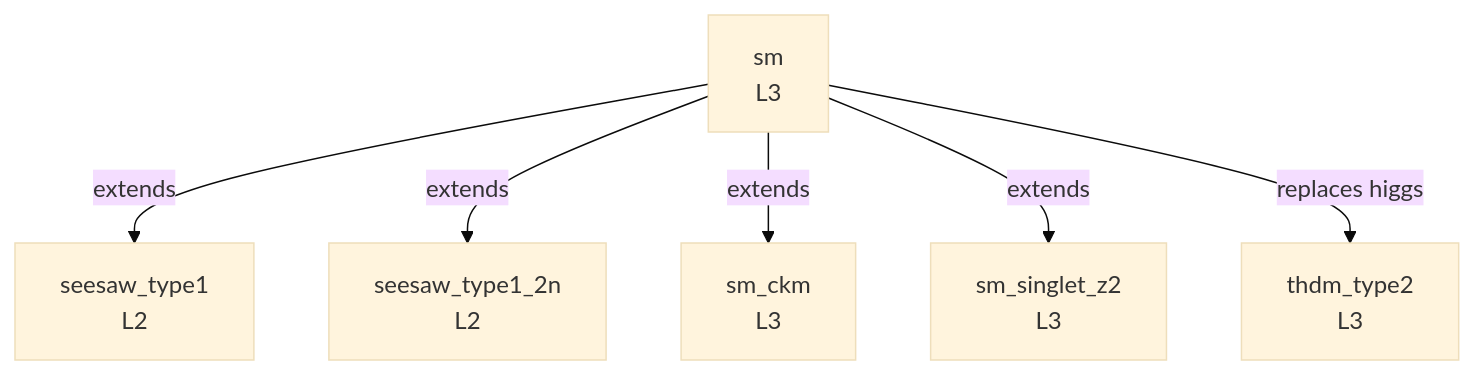
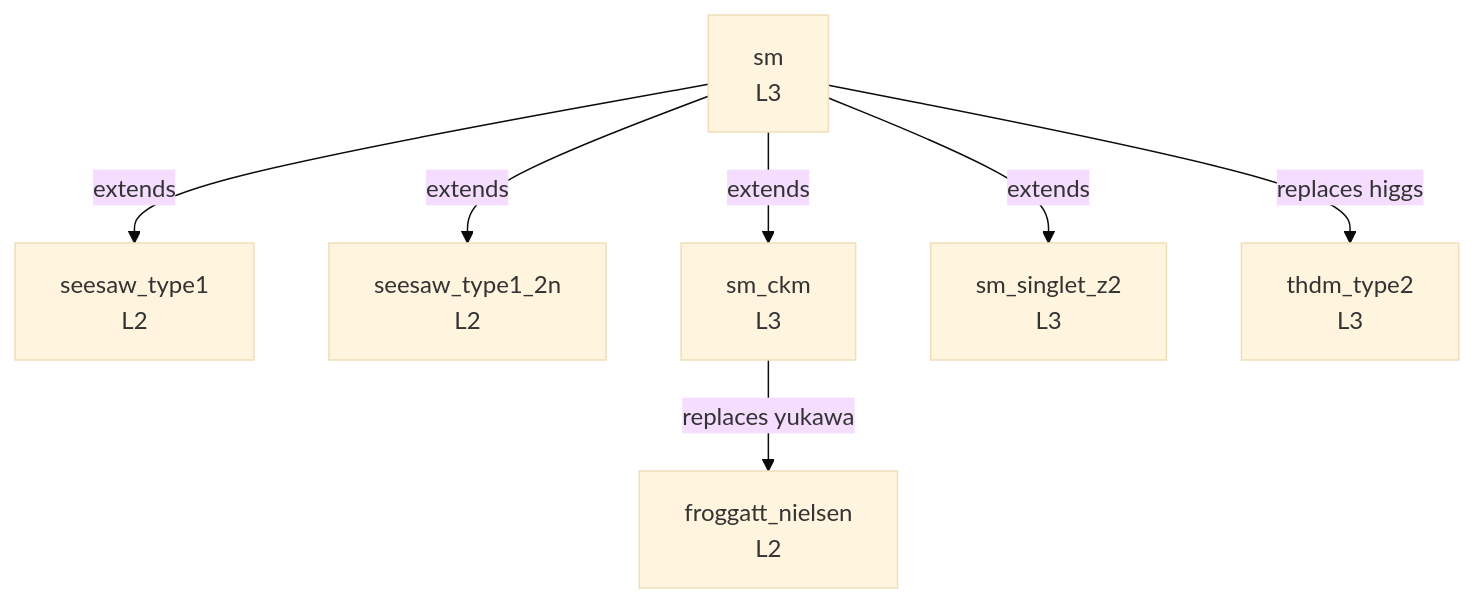
Before and after one commit to moiseszeleny/feynlag-models: the diagram in GENEALOGY.md, drawn with Mermaid (base theme). The commit also changed other lines of this file and 14 other files, not shown here.

First line of the commit message:
froggatt_nielsen: L2 against Leurer-Nir-Seiberg, outputs, card

````diff
--- a/GENEALOGY.md
+++ b/GENEALOGY.md
@@ -5,14 +5,16 @@
 ```mermaid
 graph TD
+    froggatt_nielsen["froggatt_nielsen<br/>L2"]
     seesaw_type1["seesaw_type1<br/>L2"]
     seesaw_type1_2n["seesaw_type1_2n<br/>L2"]
     sm["sm<br/>L3"]
     sm_ckm["sm_ckm<br/>L3"]
     sm_singlet_z2["sm_singlet_z2<br/>L3"]
     thdm_type2["thdm_type2<br/>L3"]
+    sm_ckm -->|replaces yukawa| froggatt_nielsen
     sm -->|extends| seesaw_type1
     sm -->|extends| seesaw_type1_2n
     sm -->|extends| sm_ckm
     sm -->|extends| sm_singlet_z2
     sm -->|replaces higgs| thdm_type2
 ```
````
